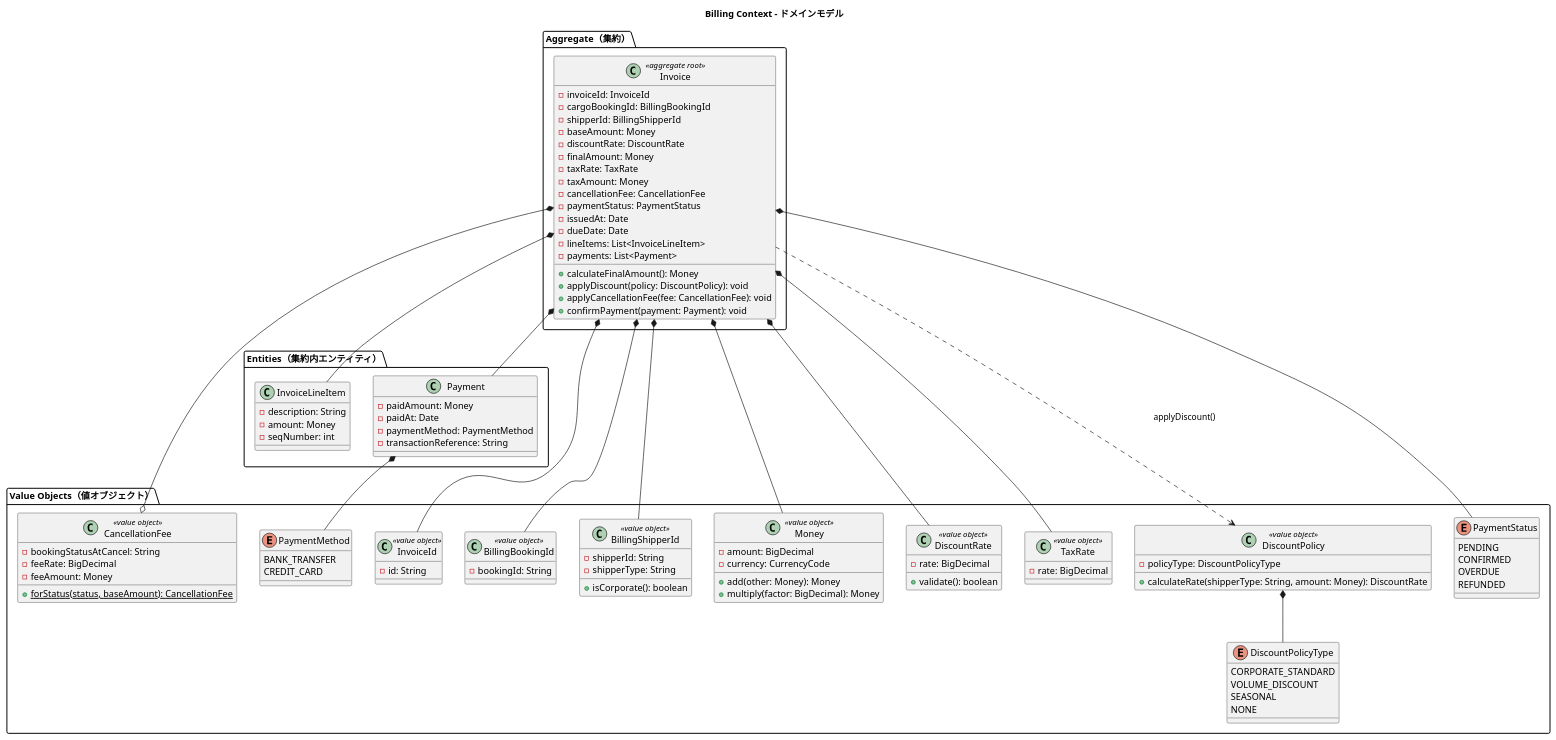
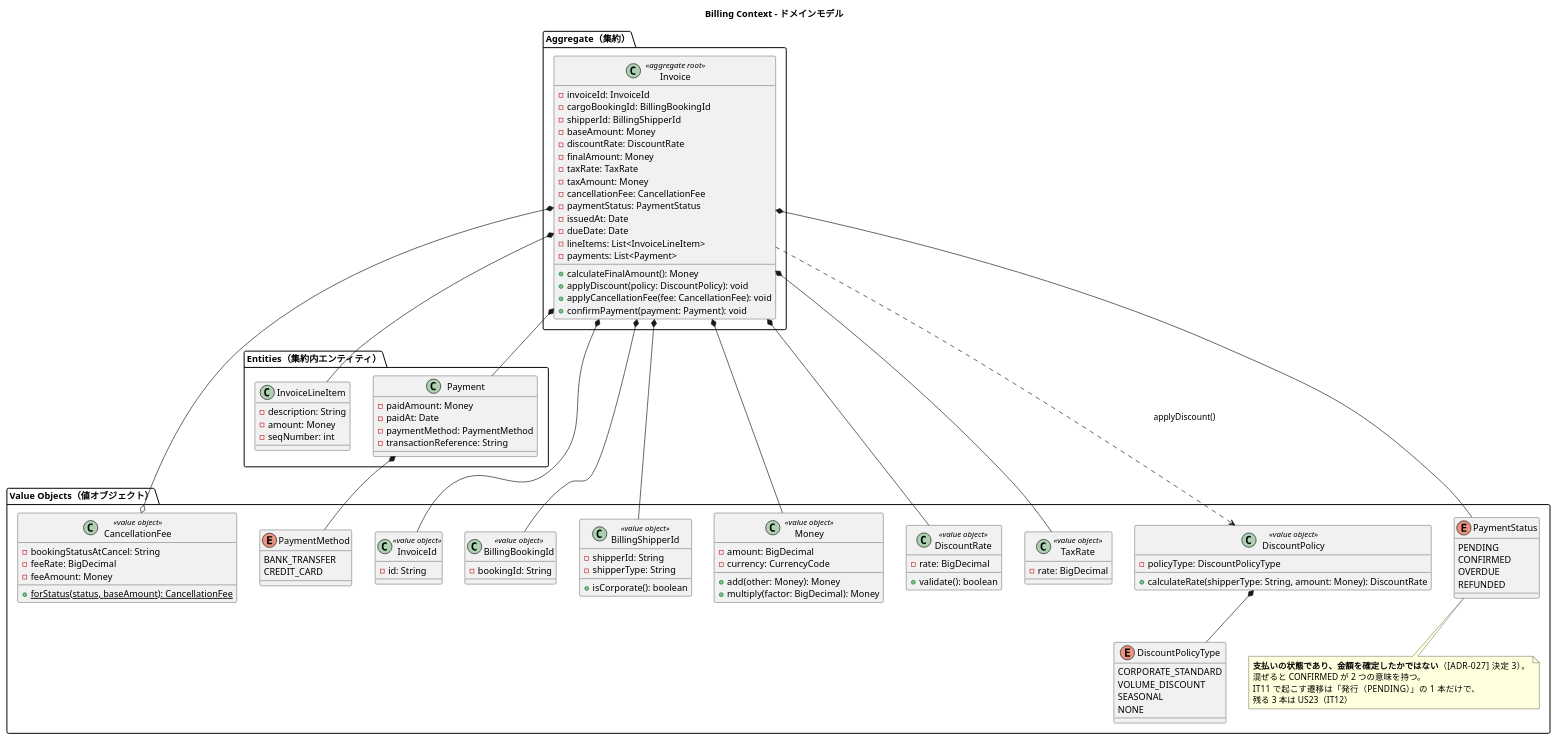
The eighth of 10 diagrams in docs/design/domain-model.md (k2works/case-study-cargo-tracker), drawn with PlantUML before and after one commit. The commit also changed other lines of this file and 5 other files, not shown here.

```diff
--- a/docs/design/domain-model.md
+++ b/docs/design/domain-model.md
@@ -1293,6 +1293,12 @@
     OVERDUE
     REFUNDED
   }
+  note bottom of PaymentStatus
+    **支払いの状態であり、金額を確定したかではない**（[ADR-027] 決定 3）。
+    混ぜると CONFIRMED が 2 つの意味を持つ。
+    IT11 で起こす遷移は「発行（PENDING）」の 1 本だけで、
+    残る 3 本は US23（IT12）
+  end note
   enum PaymentMethod {
     BANK_TRANSFER
     CREDIT_CARD
```
